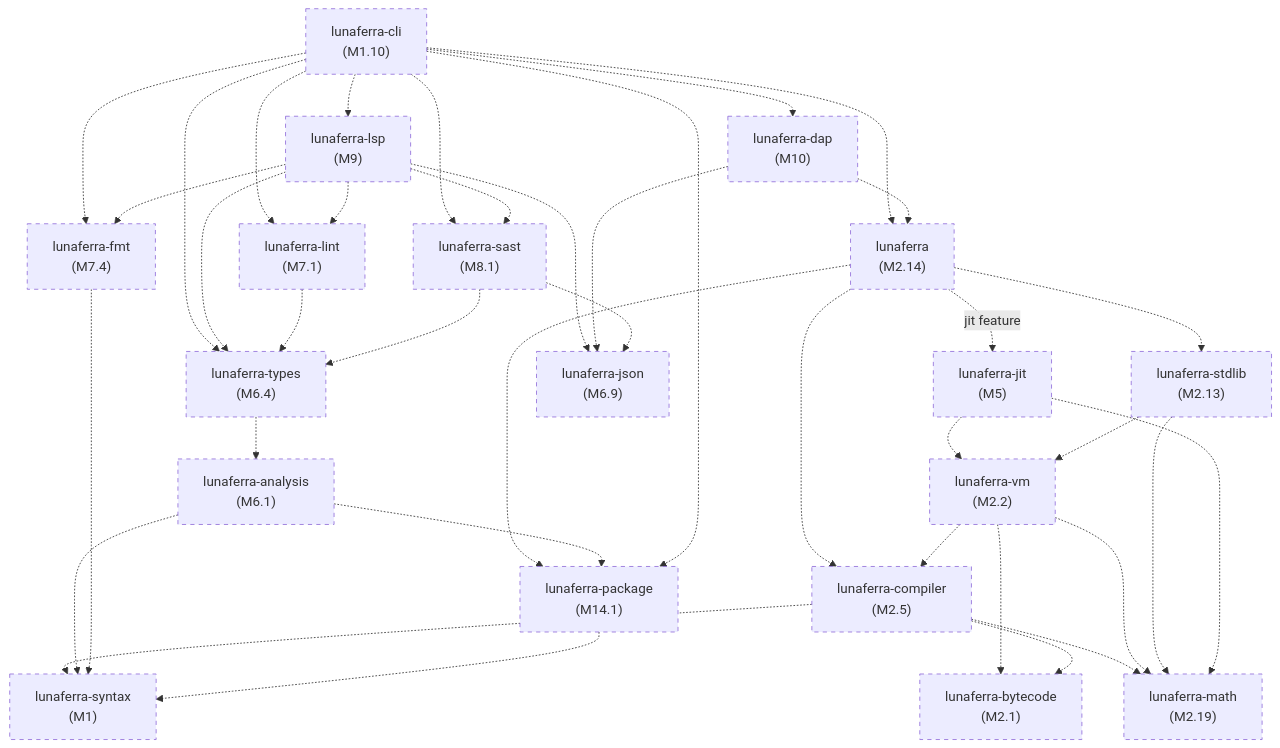
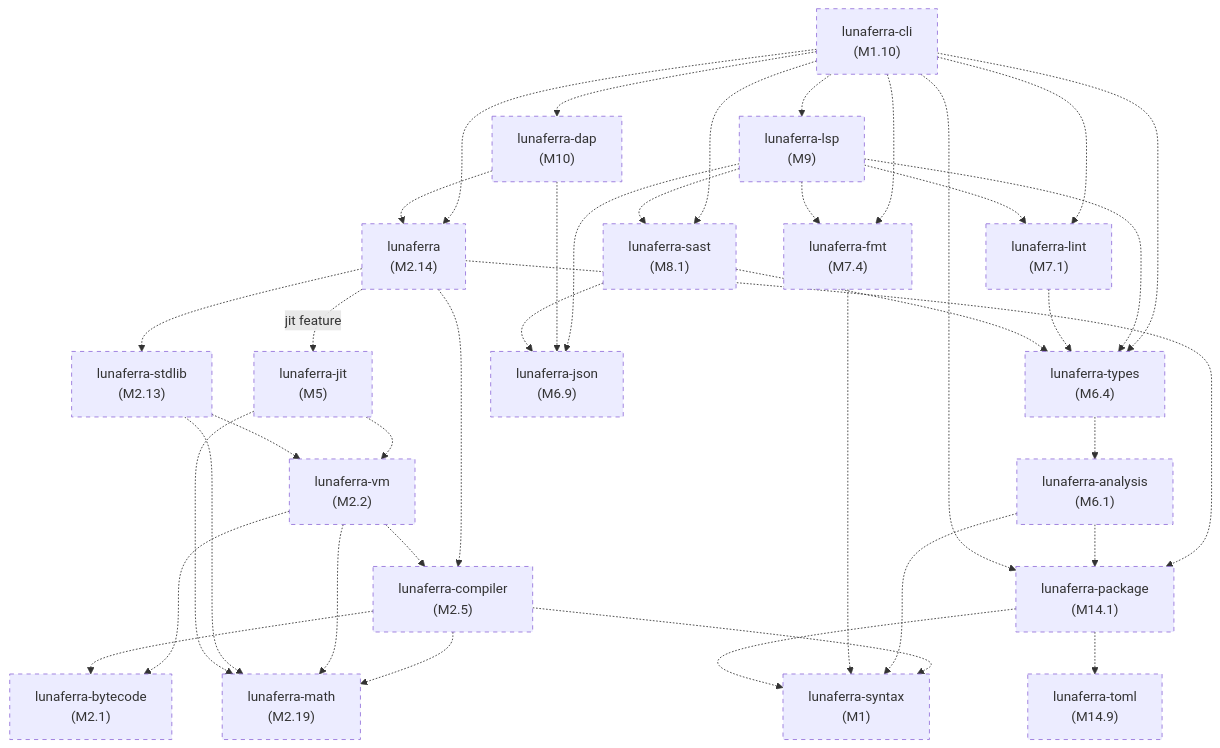
Before and after one commit to jabbott-iii/Ferrolua: the diagram in docs/01-architecture.md, drawn with Mermaid. The commit also changed other lines of this file and 20 other files, not shown here.

````diff
--- a/docs/01-architecture.md
+++ b/docs/01-architecture.md
@@ -91,61 +92,63 @@
 ```mermaid
 flowchart TB
   classDef planned stroke-dasharray: 5 5
 
   cli["lunaferra-cli<br/>(M1.10)"]:::planned
   lsp["lunaferra-lsp<br/>(M9)"]:::planned
   dap["lunaferra-dap<br/>(M10)"]:::planned
   api["lunaferra<br/>(M2.14)"]:::planned
   lint["lunaferra-lint<br/>(M7.1)"]:::planned
   sast["lunaferra-sast<br/>(M8.1)"]:::planned
   fmt["lunaferra-fmt<br/>(M7.4)"]:::planned
   types["lunaferra-types<br/>(M6.4)"]:::planned
   analysis["lunaferra-analysis<br/>(M6.1)"]:::planned
   jit["lunaferra-jit<br/>(M5)"]:::planned
   stdlib["lunaferra-stdlib<br/>(M2.13)"]:::planned
   vm["lunaferra-vm<br/>(M2.2)"]:::planned
   compiler["lunaferra-compiler<br/>(M2.5)"]:::planned
   bytecode["lunaferra-bytecode<br/>(M2.1)"]:::planned
   syntax["lunaferra-syntax<br/>(M1)"]:::planned
   json["lunaferra-json<br/>(M6.9)"]:::planned
+  toml["lunaferra-toml<br/>(M14.9)"]:::planned
   pkg["lunaferra-package<br/>(M14.1)"]:::planned
   math["lunaferra-math<br/>(M2.19)"]:::planned
 
   cli -.-> api
   cli -.-> lsp
   cli -.-> dap
   cli -.-> lint
   cli -.-> sast
   cli -.-> fmt
   cli -.-> types
   lsp -.-> types
   lsp -.-> lint
   lsp -.-> sast
   lsp -.-> fmt
   lsp -.-> json
   dap -.-> api
   dap -.-> json
   api -. jit feature .-> jit
   api -.-> stdlib
   api -.-> compiler
   jit -.-> vm
   stdlib -.-> vm
   vm -.-> compiler
   vm -.-> bytecode
   compiler -.-> syntax
   compiler -.-> bytecode
   compiler -.-> math
   vm -.-> math
   stdlib -.-> math
   jit -.-> math
   lint -.-> types
   sast -.-> types
   sast -.-> json
   types -.-> analysis
   analysis -.-> syntax
   fmt -.-> syntax
   pkg -.-> syntax
+  pkg -.-> toml
   api -.-> pkg
   analysis -.-> pkg
   cli -.-> pkg
 ```
````
